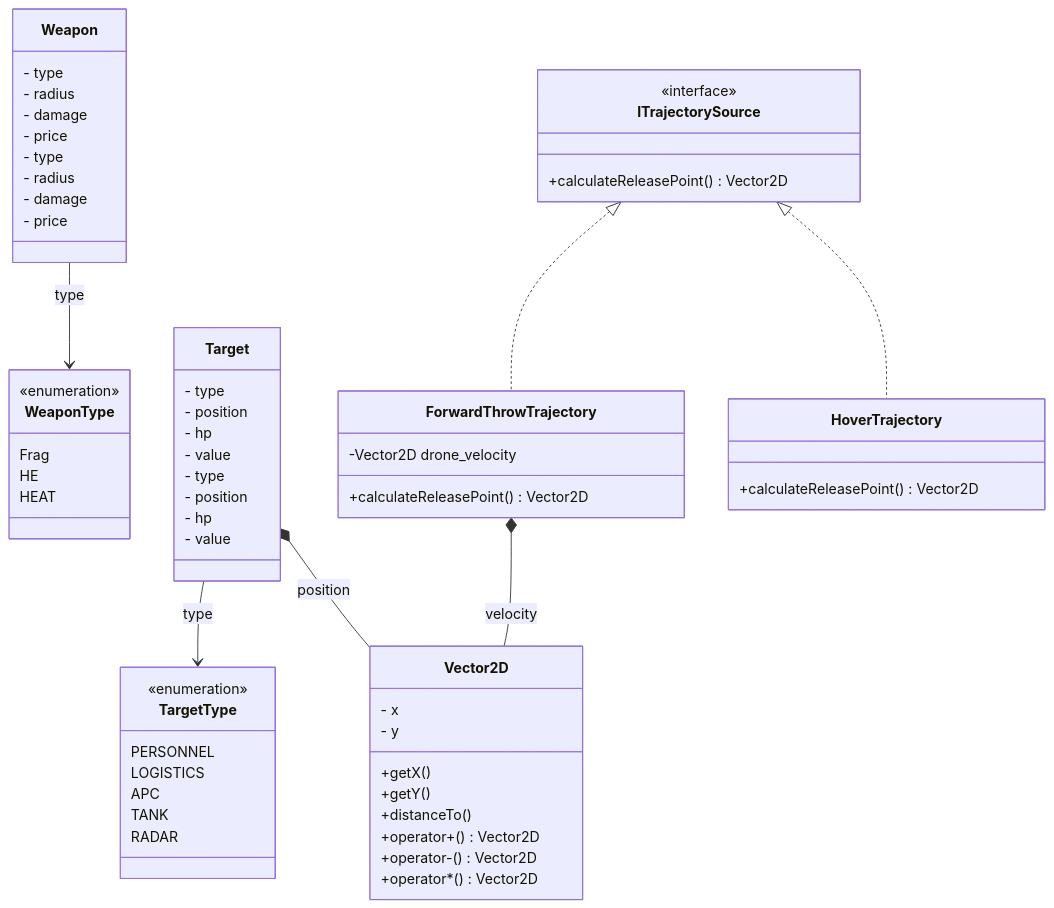
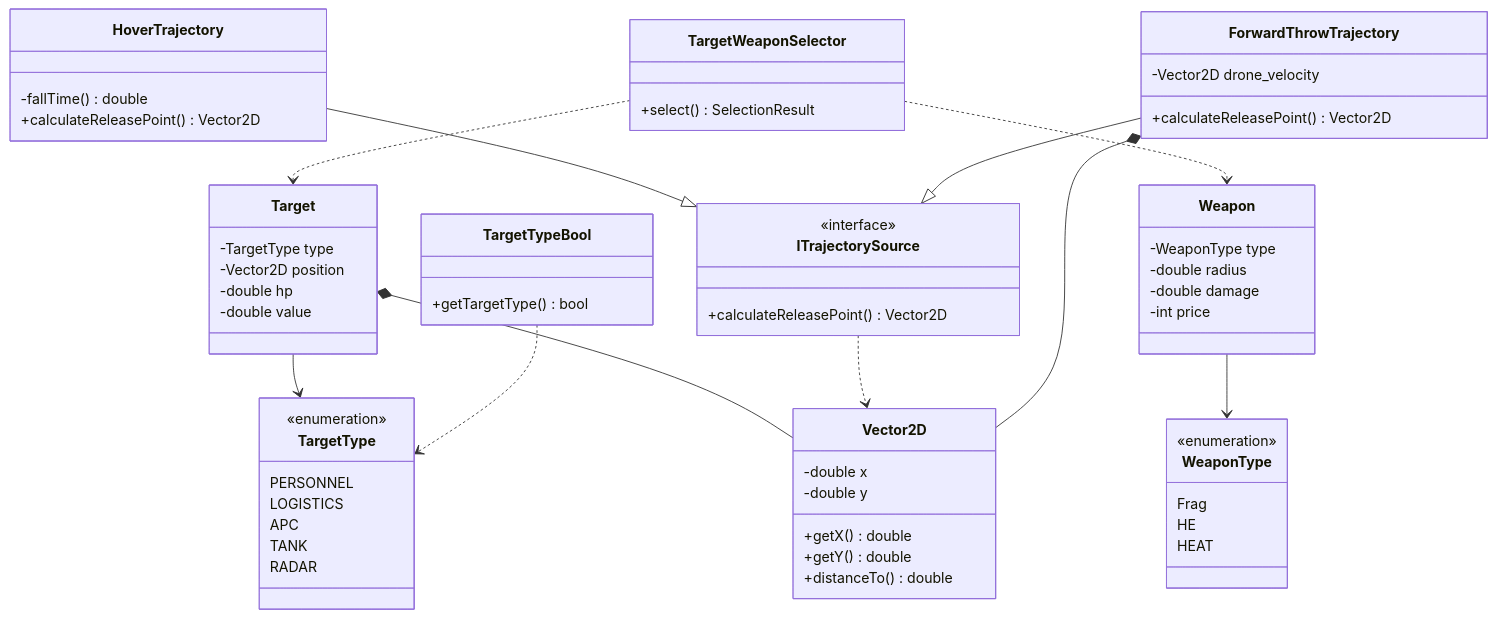
One commit to N0vaR00t/drone_targeting changed the diagram in README.md. Above: the diagram before and after it, drawn with Mermaid.

Commit message:
Update class diagram

````diff
--- a/README.md
+++ b/README.md
@@ -72,78 +72,78 @@
 ```mermaid
 classDiagram
     class TargetType {
         <<enumeration>>
         PERSONNEL
         LOGISTICS
         APC
         TANK
         RADAR
     }
 
     class WeaponType {
         <<enumeration>>
         Frag
         HE
         HEAT
     }
 
+    class Vector2D {
+        -double x
+        -double y
+        +getX() double
+        +getY() double
+        +distanceTo() double
+    }
+
     class Target {
-        - type
-        - position
-        - hp
-        - value
+        -TargetType type
+        -Vector2D position
+        -double hp
+        -double value
     }
 
     class Weapon {
-        - type
-        - radius
-        - damage
-        - price
+        -WeaponType type
+        -double radius
+        -double damage
+        -int price
     }
 
-    class Vector2D {
-        - x
-        - y
-        +getX() 
-        +getY()
-        +distanceTo() 
-        +operator+() Vector2D
-        +operator-() Vector2D
-        +operator*() Vector2D
+    class TargetWeaponSelector {
+        +select() SelectionResult
     }
 
-    class Target {
-        - type
-        - position
-        - hp
-        - value
-    }
-
-    class Weapon {
-        - type
-        - radius
-        - damage
-        - price
+    class TargetTypeBool {
+        +getTargetType() bool
     }
 
     class ITrajectorySource {
         <<interface>>
         +calculateReleasePoint() Vector2D
     }
 
     class HoverTrajectory {
+        -fallTime() double
         +calculateReleasePoint() Vector2D
     }
 
     class ForwardThrowTrajectory {
         -Vector2D drone_velocity
         +calculateReleasePoint() Vector2D
     }
 
-    Target *-- Vector2D : position
-    ForwardThrowTrajectory *-- Vector2D : velocity
-    ITrajectorySource <|.. HoverTrajectory
-    ITrajectorySource <|.. ForwardThrowTrajectory
-    Target --> TargetType : type
-    Weapon --> WeaponType : type
+    Target --> TargetType
+    Target *-- Vector2D
+    Weapon --> WeaponType
+
+    TargetWeaponSelector ..> Target
+    TargetWeaponSelector ..> Weapon
+
+    TargetTypeBool ..> TargetType
+
+    HoverTrajectory --|> ITrajectorySource
+    ForwardThrowTrajectory --|> ITrajectorySource
+
+    ITrajectorySource ..> Vector2D
+    ForwardThrowTrajectory *-- Vector2D
 ```
````
